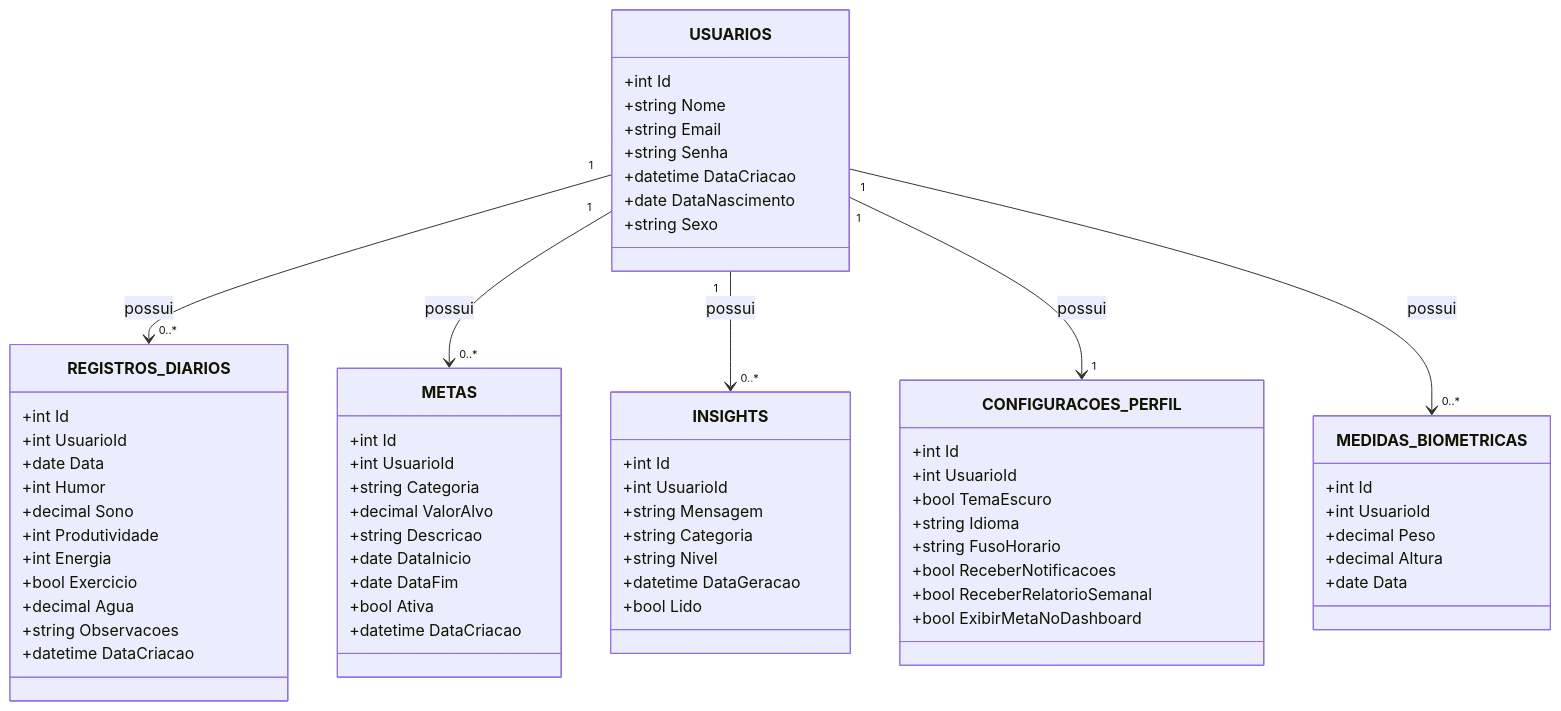
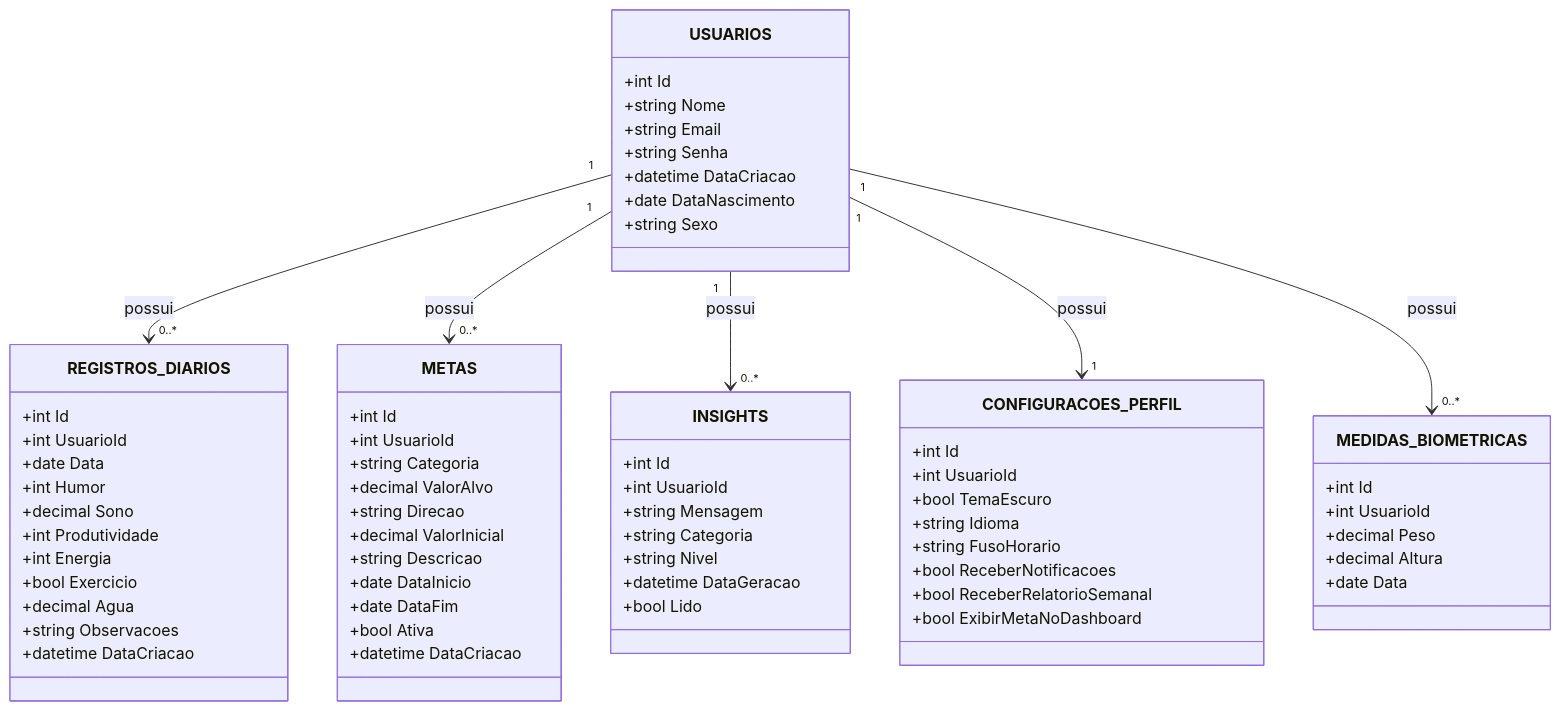
One commit to cidade-felipe/DesenvWebApi changed the diagram in documentation.md. Above: the diagram before and after it, drawn with Mermaid. The commit also changed other lines of this file and 13 other files, not shown here.

````diff
--- a/documentation.md
+++ b/documentation.md
@@ -189,73 +189,75 @@
 ```mermaid
 classDiagram
     class USUARIOS {
         +int Id
         +string Nome
         +string Email
         +string Senha
         +datetime DataCriacao
         +date DataNascimento
         +string Sexo
     }
 
     class REGISTROS_DIARIOS {
         +int Id
         +int UsuarioId
         +date Data
         +int Humor
         +decimal Sono
         +int Produtividade
         +int Energia
         +bool Exercicio
         +decimal Agua
         +string Observacoes
         +datetime DataCriacao
     }
 
     class METAS {
         +int Id
         +int UsuarioId
         +string Categoria
         +decimal ValorAlvo
+        +string Direcao
+        +decimal ValorInicial
         +string Descricao
         +date DataInicio
         +date DataFim
         +bool Ativa
         +datetime DataCriacao
     }
 
     class INSIGHTS {
         +int Id
         +int UsuarioId
         +string Mensagem
         +string Categoria
         +string Nivel
         +datetime DataGeracao
         +bool Lido
     }
 
     class CONFIGURACOES_PERFIL {
         +int Id
         +int UsuarioId
         +bool TemaEscuro
         +string Idioma
         +string FusoHorario
         +bool ReceberNotificacoes
         +bool ReceberRelatorioSemanal
         +bool ExibirMetaNoDashboard
     }
 
     class MEDIDAS_BIOMETRICAS {
         +int Id
         +int UsuarioId
         +decimal Peso
         +decimal Altura
         +date Data
     }
 
     USUARIOS "1" --> "0..*" REGISTROS_DIARIOS : possui
     USUARIOS "1" --> "0..*" METAS : possui
     USUARIOS "1" --> "0..*" INSIGHTS : possui
     USUARIOS "1" --> "1" CONFIGURACOES_PERFIL : possui
     USUARIOS "1" --> "0..*" MEDIDAS_BIOMETRICAS : possui
 ```
````
